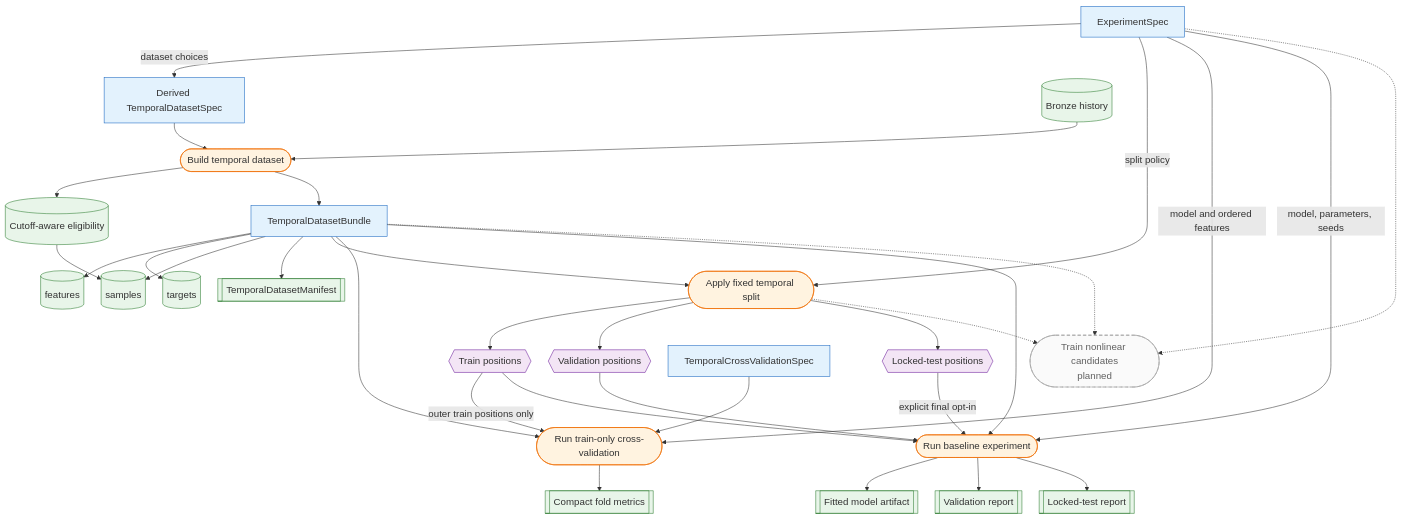
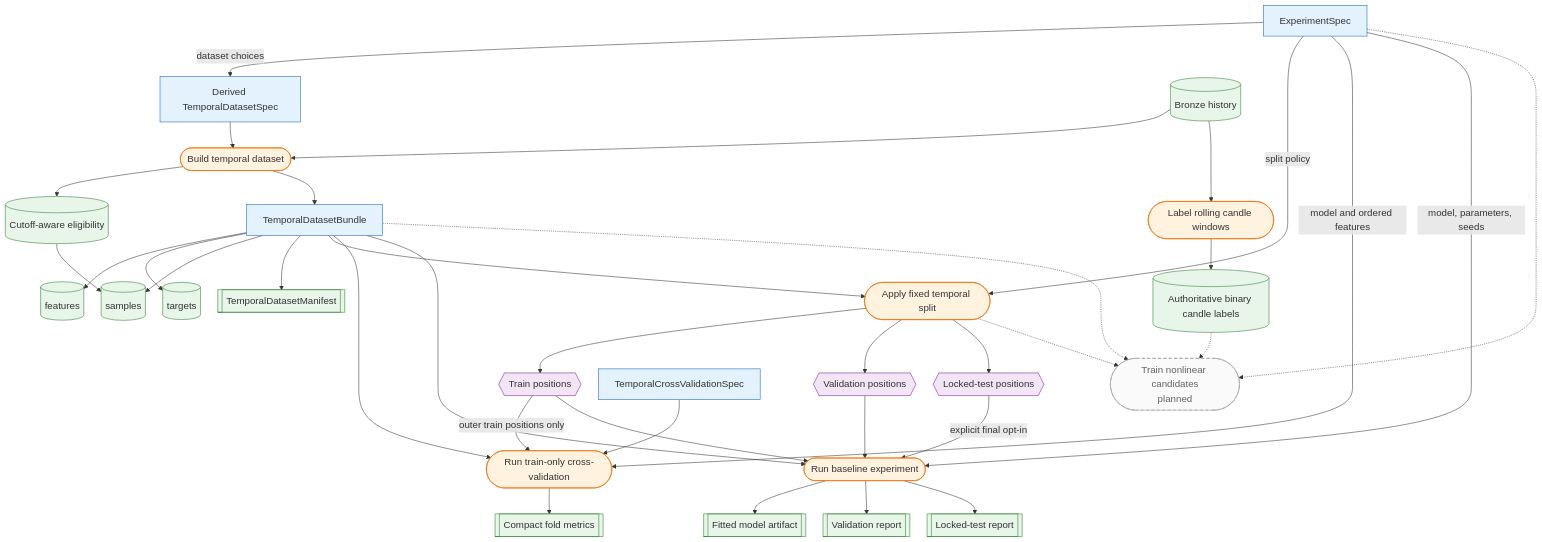
One commit to Frallmeister/swingtrader-app changed the diagram in docs/modeling/overview.md. Above: the diagram before and after it, drawn with Mermaid. The commit also changed other lines of this file and 14 other files, not shown here.

````diff
--- a/docs/modeling/overview.md
+++ b/docs/modeling/overview.md
@@ -9,69 +9,73 @@
 ```mermaid
 %%{init: {"themeVariables": {"fontSize": "18px"}, "flowchart": {"nodeSpacing": 32, "rankSpacing": 48}}}%%
 flowchart TB
     experiment["ExperimentSpec"]
     dataset_spec["Derived TemporalDatasetSpec"]
     source[(Bronze history)]
     eligibility[(Cutoff-aware eligibility)]
+    labeler([Label rolling candle windows])
+    labels[(Authoritative binary candle labels)]
     builder([Build temporal dataset])
     bundle["TemporalDatasetBundle"]
     features[(features)]
     targets[(targets)]
     samples[(samples)]
     manifest[[TemporalDatasetManifest]]
     splitter([Apply fixed temporal split])
     train{{Train positions}}
     validation{{Validation positions}}
     test{{Locked-test positions}}
     cv_spec["TemporalCrossValidationSpec"]
     cv_harness([Run train-only cross-validation])
     cv_result[[Compact fold metrics]]
     harness([Run baseline experiment])
     model[[Fitted model artifact]]
     validation_report[[Validation report]]
     test_report[[Locked-test report]]
     advanced([Train nonlinear candidates<br/>planned])
 
     experiment -->|dataset choices| dataset_spec
     dataset_spec --> builder
     source --> builder
+    source --> labeler --> labels
     builder --> eligibility
     builder --> bundle
     bundle --> features
     bundle --> targets
     bundle --> samples
     eligibility --> samples
     bundle --> manifest
     experiment -->|split policy| splitter
     bundle --> splitter
     splitter --> train
     splitter --> validation
     splitter --> test
     cv_spec --> cv_harness
     experiment -->|model and ordered features| cv_harness
     bundle --> cv_harness
     train -->|outer train positions only| cv_harness
     cv_harness --> cv_result
     experiment -->|model, parameters, seeds| harness
     bundle --> harness
     train --> harness
     validation --> harness
     test -->|explicit final opt-in| harness
     harness --> model
     harness --> validation_report
     harness --> test_report
     bundle -.-> advanced
+    labels -.-> advanced
     splitter -.-> advanced
     experiment -.-> advanced
 
     classDef contract fill:#e3f2fd,stroke:#1565c0
     classDef action fill:#fff3e0,stroke:#ef6c00
     classDef artifact fill:#e8f5e9,stroke:#2e7d32
     classDef state fill:#f3e5f5,stroke:#6a1b9a
     classDef planned fill:#fafafa,stroke:#9e9e9e,color:#616161,stroke-dasharray:6 4
     class experiment,dataset_spec,bundle,cv_spec contract
-    class builder,splitter,cv_harness,harness action
-    class source,eligibility,features,targets,samples,manifest,cv_result,model,validation_report,test_report artifact
+    class builder,labeler,splitter,cv_harness,harness action
+    class source,eligibility,labels,features,targets,samples,manifest,cv_result,model,validation_report,test_report artifact
     class train,validation,test state
     class advanced planned
 ```
````
